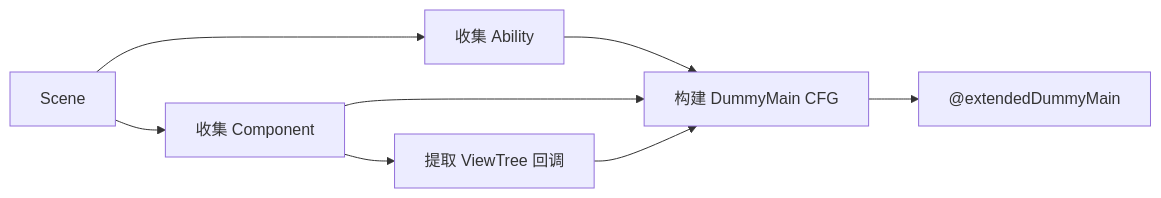
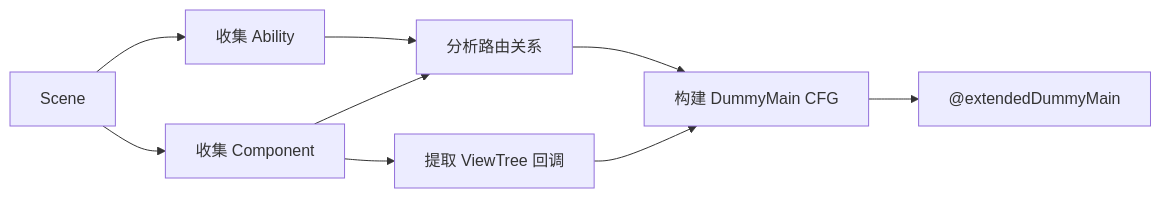
One commit to kemoisuki/typescript_lifecycle changed the diagram in README.md. Above: the diagram before and after it, drawn with Mermaid. The commit also changed other lines of this file, not shown here.

````diff
--- a/README.md
+++ b/README.md
@@ -90,10 +92,11 @@
 ```mermaid
 flowchart LR
     A[Scene] --> B[收集 Ability]
     A --> C[收集 Component]
-    C --> D[提取 ViewTree 回调]
-    B --> E[构建 DummyMain CFG]
-    C --> E
-    D --> E
-    E --> F["@extendedDummyMain"]
+    B --> D[分析路由关系]
+    C --> D
+    C --> E[提取 ViewTree 回调]
+    D --> F[构建 DummyMain CFG]
+    E --> F
+    F --> G["@extendedDummyMain"]
 ```
````
